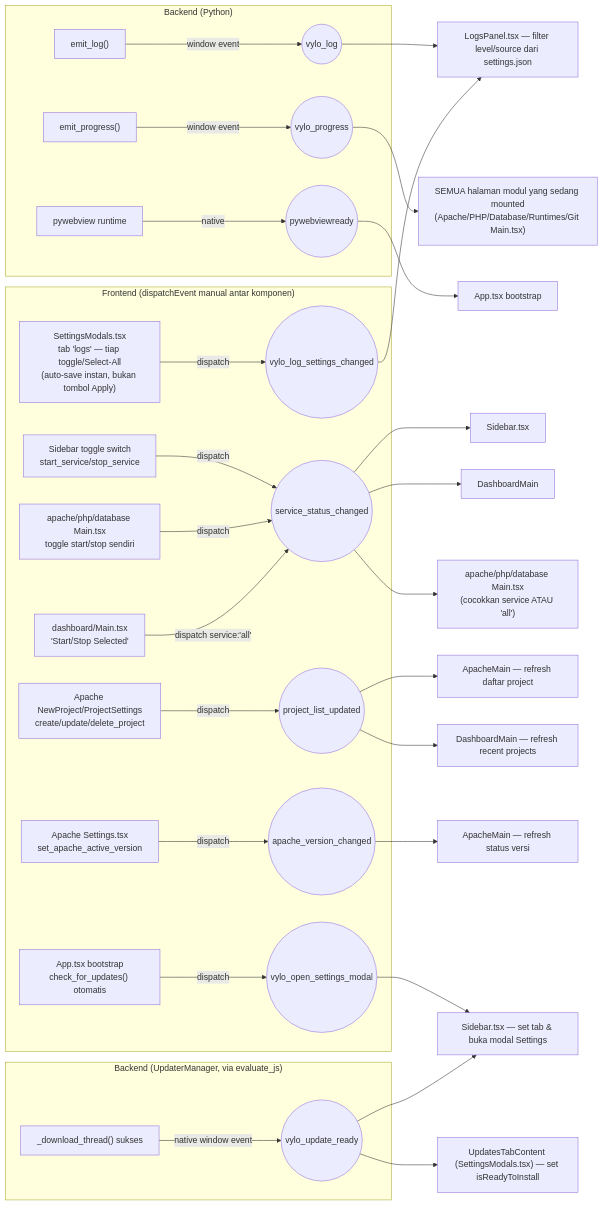
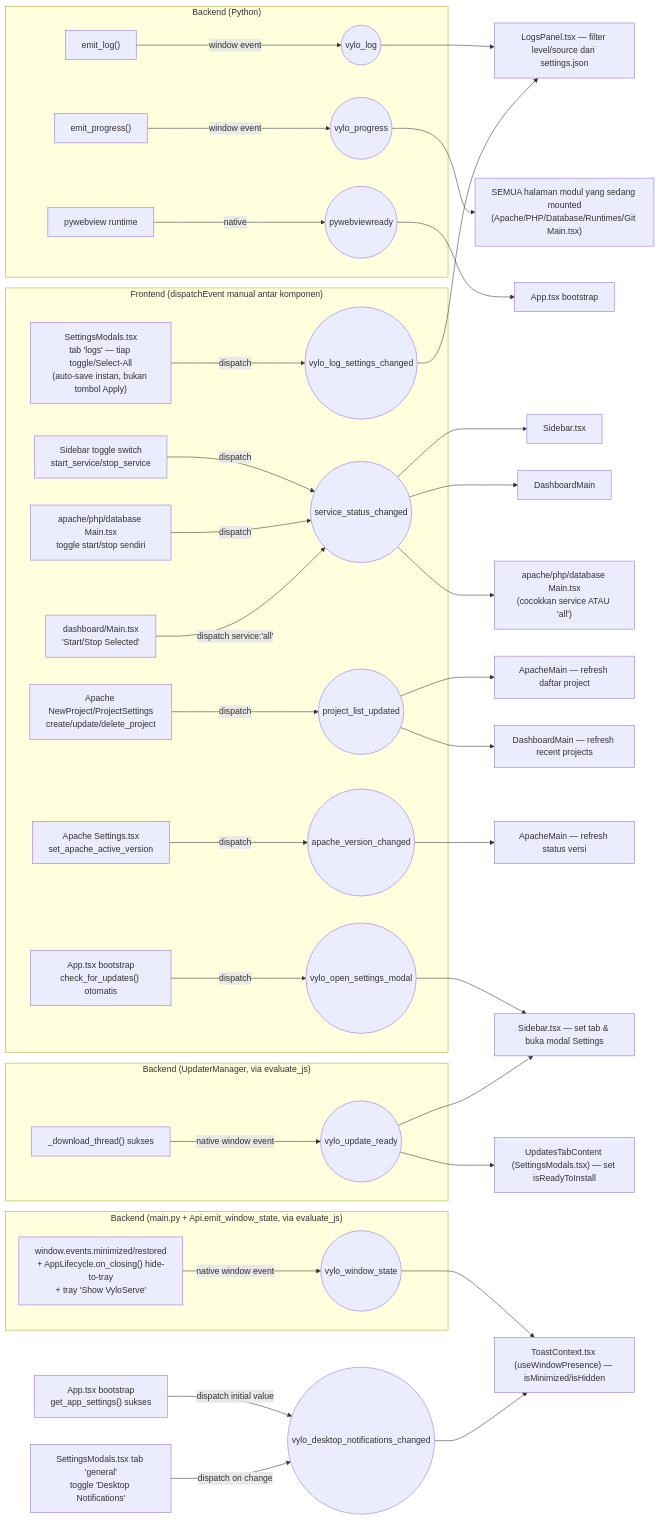
One commit to authntcG/vyloserve changed the third of 9 diagrams in docs/frontend_ui.md. Above: the diagram before and after it, drawn with Mermaid. The commit also changed other lines of this file and 126 other files, not shown here.

````diff
--- a/docs/frontend_ui.md
+++ b/docs/frontend_ui.md
@@ -230,32 +241,41 @@
 ```mermaid
 flowchart LR
     subgraph Backend["Backend (Python)"]
         EL["emit_log()"] -->|window event| VLOG(("vylo_log"))
         EP["emit_progress()"] -->|window event| VPROG(("vylo_progress"))
         PWV["pywebview runtime"] -->|native| PWR(("pywebviewready"))
     end
 
     subgraph Frontend["Frontend (dispatchEvent manual antar komponen)"]
         SidebarToggle["Sidebar toggle switch<br/>start_service/stop_service"] -->|dispatch| SSC(("service_status_changed"))
         ModuleToggles["apache/php/database Main.tsx<br/>toggle start/stop sendiri"] -->|dispatch| SSC
         DashToggle["dashboard/Main.tsx<br/>'Start/Stop Selected'"] -->|dispatch service:'all'| SSC
         ApacheCRUD["Apache NewProject/ProjectSettings<br/>create/update/delete_project"] -->|dispatch| PLU(("project_list_updated"))
         ApacheSettings["Apache Settings.tsx<br/>set_apache_active_version"] -->|dispatch| AVC(("apache_version_changed"))
         LogSettingsModal["SettingsModals.tsx<br/>tab 'logs' — tiap toggle/Select-All<br/>(auto-save instan, bukan tombol Apply)"] -->|dispatch| VLSC(("vylo_log_settings_changed"))
         AppStartupCheck["App.tsx bootstrap<br/>check_for_updates() otomatis"] -->|dispatch| VOSM(("vylo_open_settings_modal"))
     end
 
     subgraph BackendUpdater["Backend (UpdaterManager, via evaluate_js)"]
         DLThread["_download_thread() sukses"] -->|native window event| VUR(("vylo_update_ready"))
     end
 
+    subgraph BackendWindowState["Backend (main.py + Api.emit_window_state, via evaluate_js)"]
+        MinRestore["window.events.minimized/restored<br/>+ AppLifecycle.on_closing() hide-to-tray<br/>+ tray 'Show VyloServe'"] -->|native window event| VWS(("vylo_window_state"))
+    end
+
+    AppBoot2["App.tsx bootstrap<br/>get_app_settings() sukses"] -->|dispatch initial value| VDNC(("vylo_desktop_notifications_changed"))
+    SettingsToggle["SettingsModals.tsx tab 'general'<br/>toggle 'Desktop Notifications'"] -->|dispatch on change| VDNC
+
     VLOG --> LogsPanel[LogsPanel.tsx — filter level/source dari settings.json]
     VPROG --> AllPages["SEMUA halaman modul yang sedang mounted<br/>(Apache/PHP/Database/Runtimes/Git Main.tsx)"]
     PWR --> App[App.tsx bootstrap]
     SSC --> Sidebar2[Sidebar.tsx] & Dashboard2[DashboardMain] & ModulePages["apache/php/database Main.tsx<br/>(cocokkan service ATAU 'all')"]
     PLU --> ApacheMain2[ApacheMain — refresh daftar project] & Dashboard3[DashboardMain — refresh recent projects]
     AVC --> ApacheMain3[ApacheMain — refresh status versi]
     VLSC --> LogsPanel
     VOSM --> Sidebar3["Sidebar.tsx — set tab & buka modal Settings"]
     VUR --> Sidebar3 & UpdatesModal2["UpdatesTabContent (SettingsModals.tsx) — set isReadyToInstall"]
+    VWS --> ToastProvider2["ToastContext.tsx (useWindowPresence) — isMinimized/isHidden"]
+    VDNC --> ToastProvider2
 ```
````
